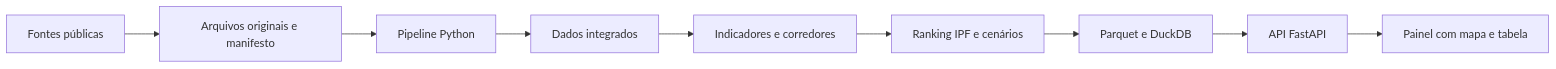
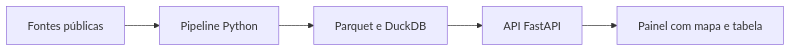
Before and after one commit to Orsi88/convia: the diagram in docs/arquitetura-e-requisitos.md, drawn with Mermaid.

Commit message:
Simplify the architecture diagram

````diff
--- a/docs/arquitetura-e-requisitos.md
+++ b/docs/arquitetura-e-requisitos.md
@@ -9,11 +9,7 @@
 ```mermaid
 flowchart LR
-  F[Fontes públicas] --> R[Arquivos originais e manifesto]
-  R --> P[Pipeline Python]
-  P --> C[Dados integrados]
-  C --> I[Indicadores e corredores]
-  I --> S[Ranking IPF e cenários]
-  S --> D[Parquet e DuckDB]
+  F[Fontes públicas] --> P[Pipeline Python]
+  P --> D[Parquet e DuckDB]
   D --> A[API FastAPI]
   A --> W[Painel com mapa e tabela]
 ```
````
